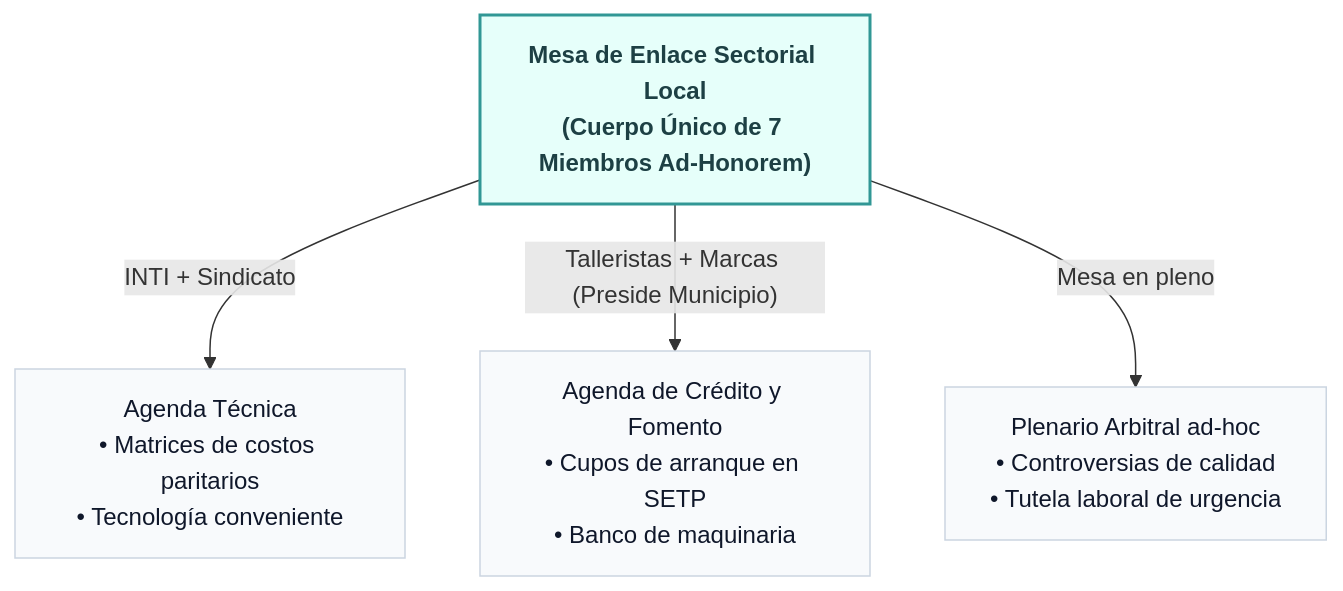
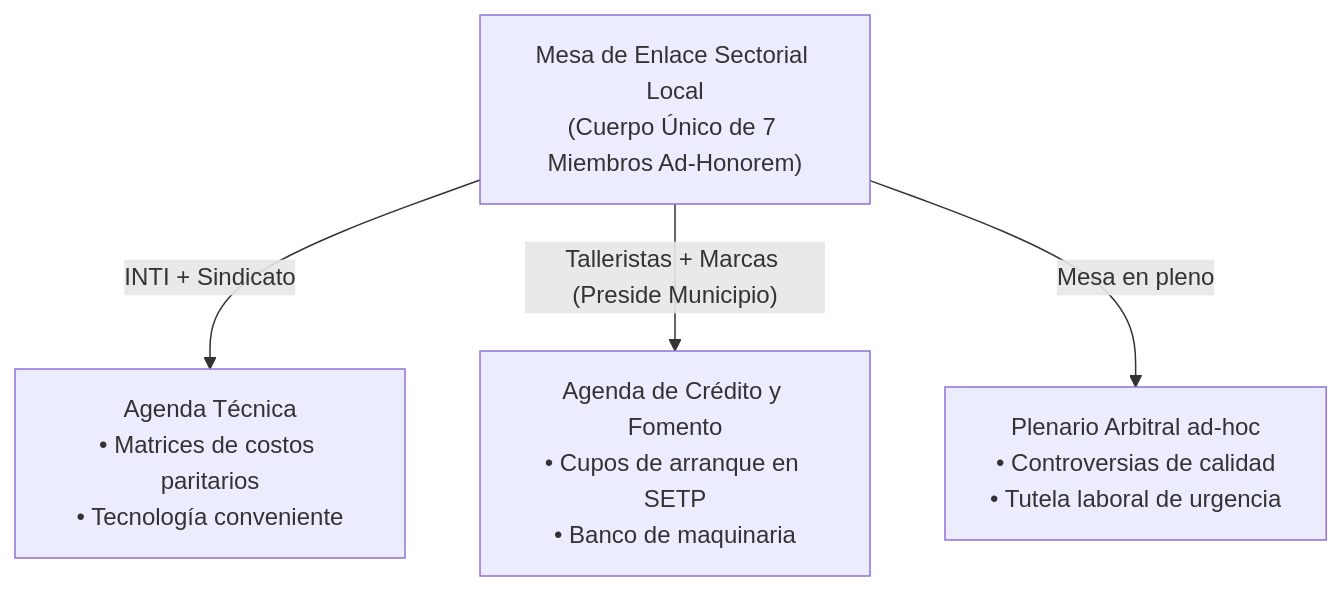
The first of 2 diagrams in docs/md/dossier_fimca_addenda1.md (sarthouse/indinopy), drawn with Mermaid before and after one commit. The commit also changed other lines of this file and 16 other files, not shown here.

````diff
--- a/docs/md/dossier_fimca_addenda1.md
+++ b/docs/md/dossier_fimca_addenda1.md
@@ -125,16 +125,12 @@
 ```mermaid
 flowchart TD
     MES["Mesa de Enlace Sectorial Local<br/>(Cuerpo Único de 7 Miembros Ad-Honorem)"]
 
     A1["Agenda Técnica<br/>• Matrices de costos paritarios<br/>• Tecnología conveniente"]
     A2["Agenda de Crédito y Fomento<br/>• Cupos de arranque en SETP<br/>• Banco de maquinaria"]
     A3["Plenario Arbitral ad-hoc<br/>• Controversias de calidad<br/>• Tutela laboral de urgencia"]
 
     MES -->|"INTI + Sindicato"| A1
     MES -->|"Talleristas + Marcas (Preside Municipio)"| A2
     MES -->|"Mesa en pleno"| A3
-
-    classDef default fill:#F8FAFC,stroke:#CBD5E1,stroke-width:1px,color:#0F172A;
-    classDef head fill:#E6FFFA,stroke:#319795,stroke-width:2px,color:#1D4044,font-weight:bold;
-    class MES head;
 ```
````
